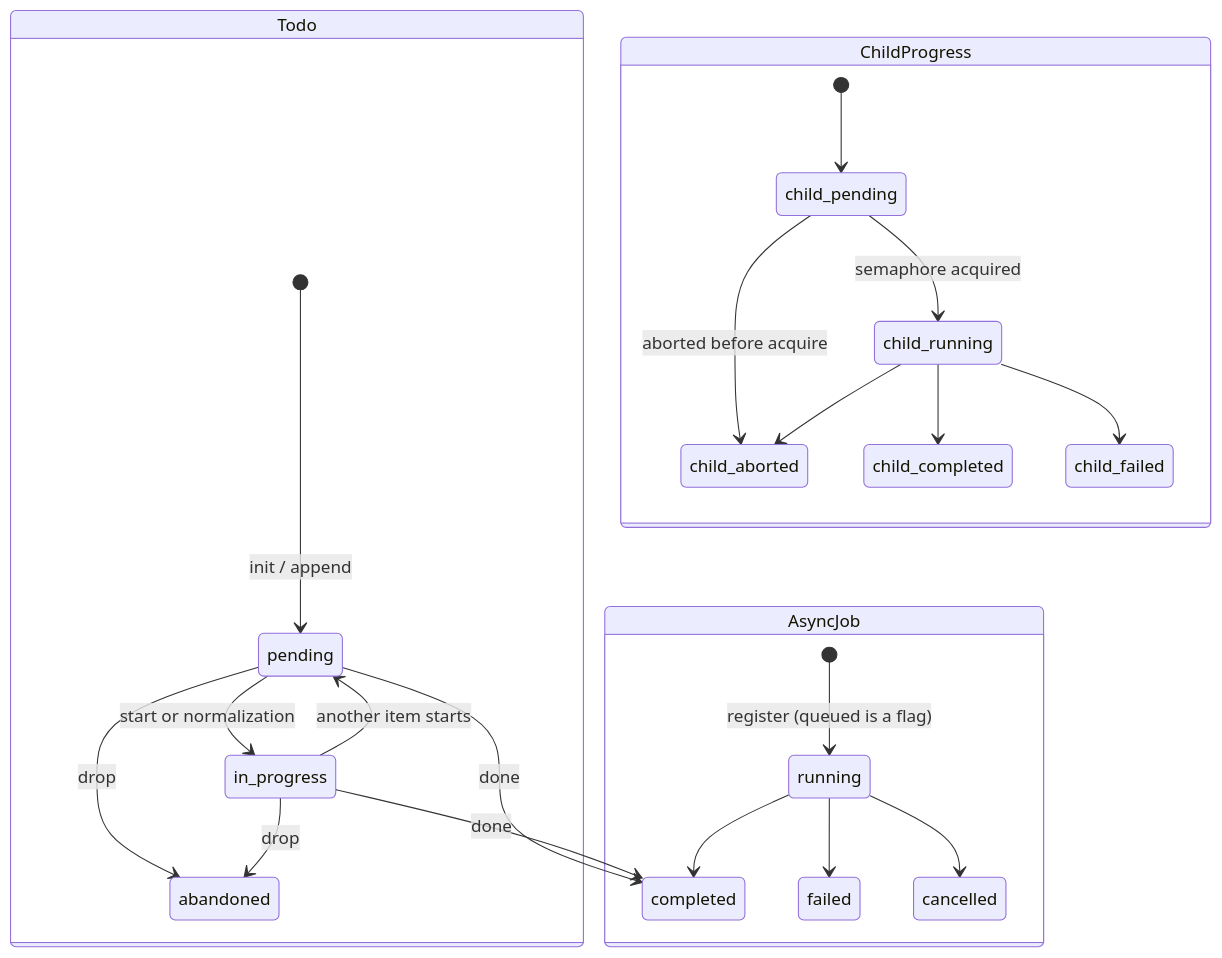
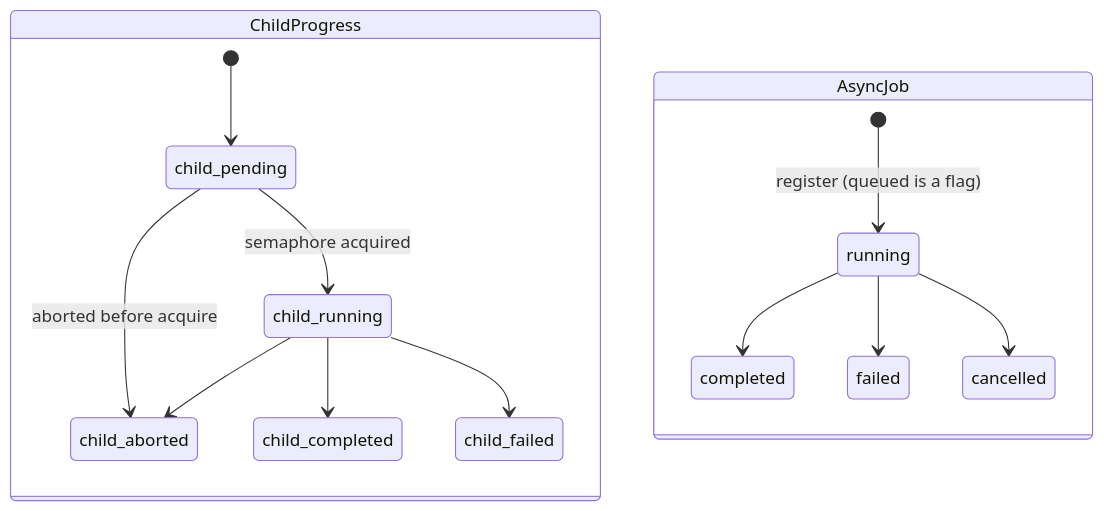
Before and after one commit to XuHaoJun/rollshot: the fourth of 7 diagrams in docs/researchs/agent-foundation/capabilities/task-todo-workflow-state.md, drawn with Mermaid. The commit also changed other lines of this file, not shown here.

````diff
--- a/docs/researchs/agent-foundation/capabilities/task-todo-workflow-state.md
+++ b/docs/researchs/agent-foundation/capabilities/task-todo-workflow-state.md
@@ -131,26 +170,17 @@
 ```mermaid
 stateDiagram-v2
-    state Todo {
-        [*] --> pending: init / append
-        pending --> in_progress: start or normalization
-        in_progress --> pending: another item starts
-        pending --> completed: done
-        in_progress --> completed: done
-        pending --> abandoned: drop
-        in_progress --> abandoned: drop
-    }
     state ChildProgress {
         [*] --> child_pending
         child_pending --> child_running: semaphore acquired
         child_pending --> child_aborted: aborted before acquire
         child_running --> child_completed
         child_running --> child_failed
         child_running --> child_aborted
     }
     state AsyncJob {
         [*] --> running: register (queued is a flag)
         running --> completed
         running --> failed
         running --> cancelled
     }
 ```
````
